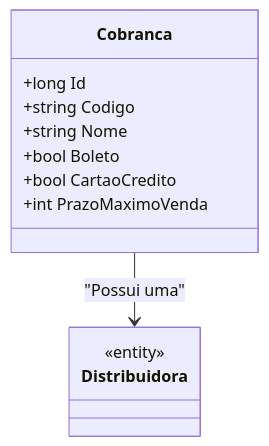
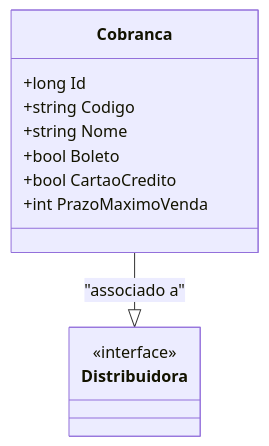
One commit to IsthmusSistemas/documentacao-tecnica changed the diagram in docs/b2b-dominio/IsthmusWinthor.Nucleo/IsthmusWinthor.Dominio/Entidades/Cobranca.md. Above: the diagram before and after it, drawn with Mermaid. The commit also changed other lines of this file and 882 other files, not shown here.

````diff
--- a/docs/b2b-dominio/IsthmusWinthor.Nucleo/IsthmusWinthor.Dominio/Entidades/Cobranca.md
+++ b/docs/b2b-dominio/IsthmusWinthor.Nucleo/IsthmusWinthor.Dominio/Entidades/Cobranca.md
@@ -21,17 +21,17 @@
 ```mermaid
 classDiagram
     class Cobranca {
         +long Id
         +string Codigo
         +string Nome
         +bool Boleto
         +bool CartaoCredito
         +int PrazoMaximoVenda
     }
-    
+
     class Distribuidora {
-        <<entity>>
+        <<interface>>
     }
 
-    Cobranca --> Distribuidora : "Possui uma"
+    Cobranca --|> Distribuidora : "associado a"
 ```
````
